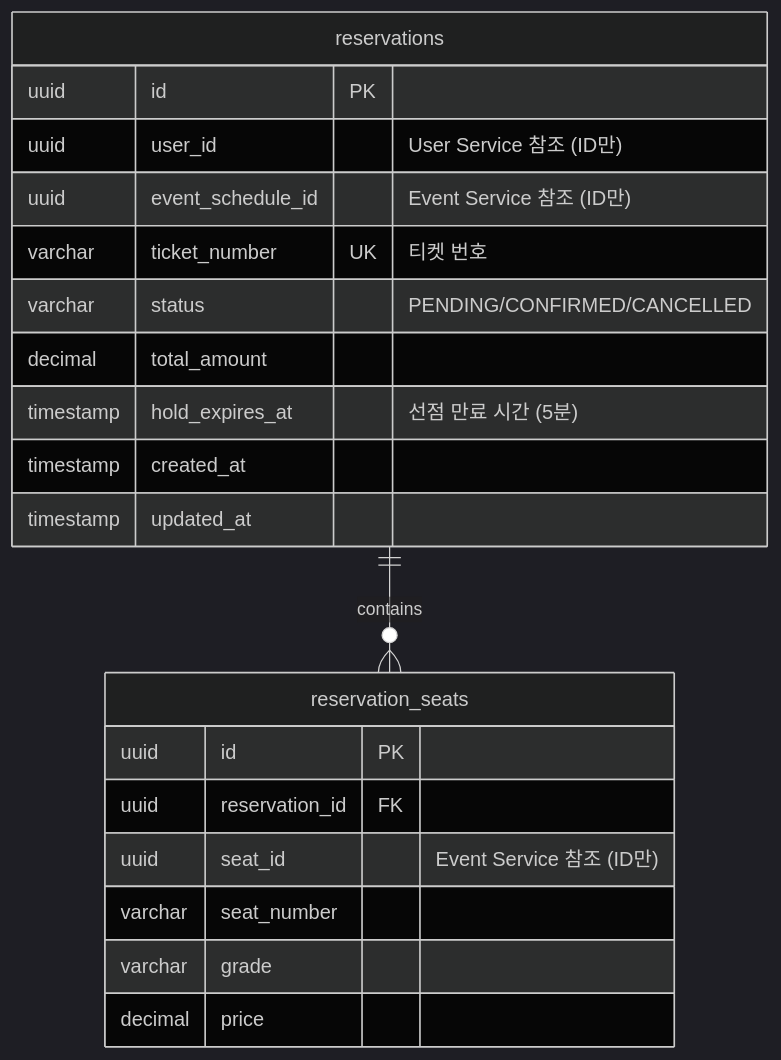
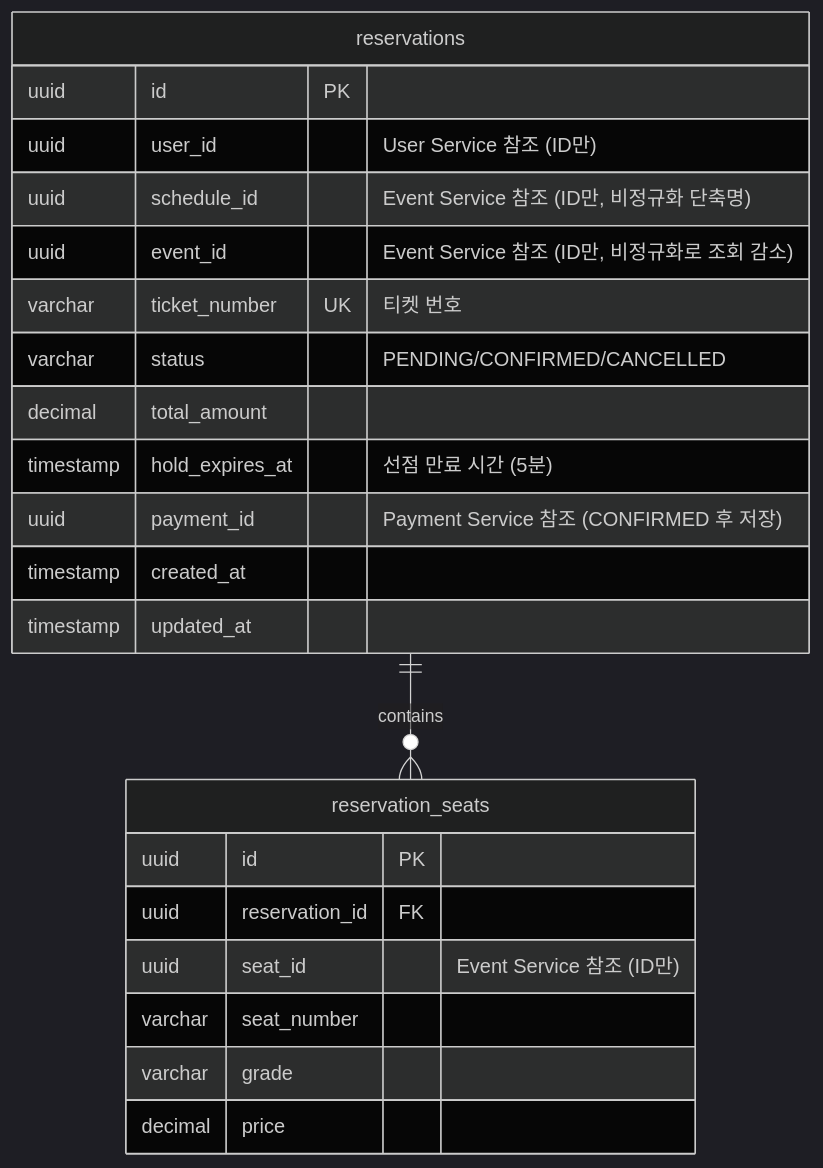
One commit to paircoders/ticket-queue changed the third of 5 diagrams in docs/architecture/04_data.md. Above: the diagram before and after it, drawn with Mermaid (dark theme). The commit also changed other lines of this file and 6 other files, not shown here.

````diff
--- a/docs/architecture/04_data.md
+++ b/docs/architecture/04_data.md
@@ -669,25 +669,27 @@
 ```mermaid
 erDiagram
     reservations ||--o{ reservation_seats : contains
 
     reservations {
         uuid id PK
         uuid user_id "User Service 참조 (ID만)"
-        uuid event_schedule_id "Event Service 참조 (ID만)"
+        uuid schedule_id "Event Service 참조 (ID만, 비정규화 단축명)"
+        uuid event_id "Event Service 참조 (ID만, 비정규화로 조회 감소)"
         varchar ticket_number UK "티켓 번호"
         varchar status "PENDING/CONFIRMED/CANCELLED"
         decimal total_amount
         timestamp hold_expires_at "선점 만료 시간 (5분)"
+        uuid payment_id "Payment Service 참조 (CONFIRMED 후 저장)"
         timestamp created_at
         timestamp updated_at
     }
 
     reservation_seats {
         uuid id PK
         uuid reservation_id FK
         uuid seat_id "Event Service 참조 (ID만)"
         varchar seat_number
         varchar grade
         decimal price
     }
 ```
````
